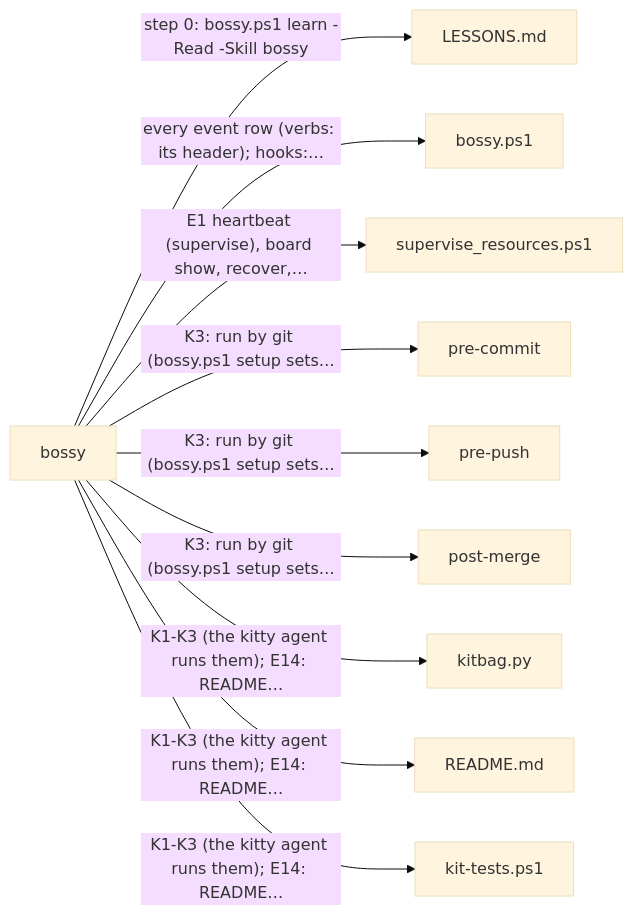
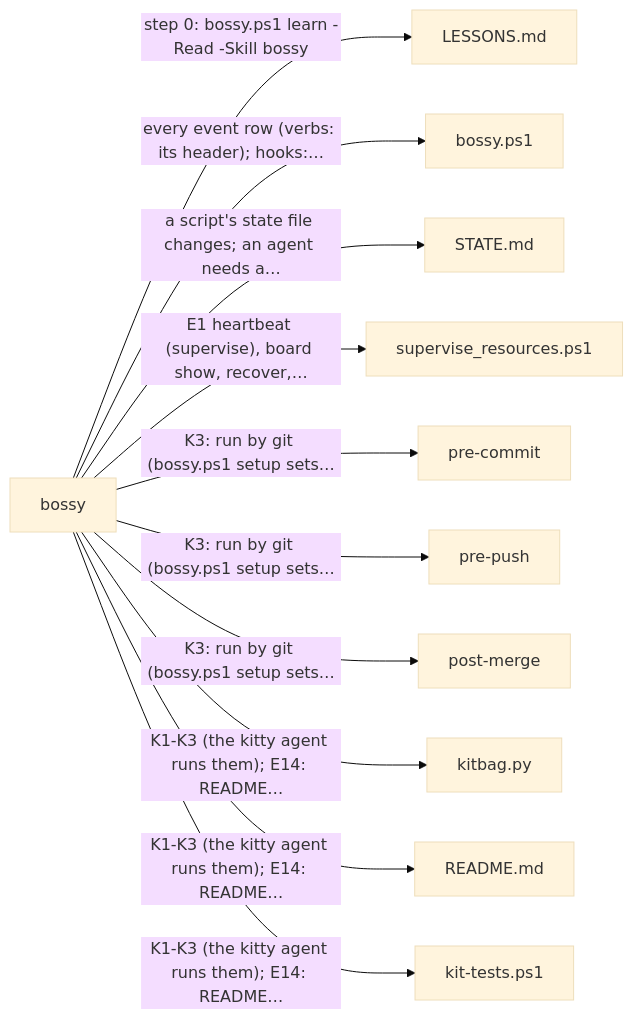
One commit to prskid1000/claude-crew changed the fourth of 6 diagrams in README.md. Above: the diagram before and after it, drawn with Mermaid (base theme). The commit also changed other lines of this file and 15 other files, not shown here.

````diff
--- a/README.md
+++ b/README.md
@@ -367,13 +367,14 @@
 ```mermaid
 flowchart LR
   skills_bossy_SKILL_md["bossy"]
   skills_bossy_SKILL_md -->|"step 0: bossy.ps1 learn -Read -Skill bossy"| LESSONS_md["LESSONS.md"]
   skills_bossy_SKILL_md -->|"every event row (verbs: its header); hooks:…"| skills_bossy_bossy_ps1["bossy.ps1"]
+  skills_bossy_SKILL_md -->|"a script's state file changes; an agent needs a…"| skills_bossy_STATE_md["STATE.md"]
   skills_bossy_SKILL_md -->|"E1 heartbeat (supervise), board show, recover,…"| skills_bossy_adapters_supervise_resources_ps1["supervise_resources.ps1"]
   skills_bossy_SKILL_md -->|"K3: run by git (bossy.ps1 setup sets…"| _githooks_pre_commit["pre-commit"]
   skills_bossy_SKILL_md -->|"K3: run by git (bossy.ps1 setup sets…"| _githooks_pre_push["pre-push"]
   skills_bossy_SKILL_md -->|"K3: run by git (bossy.ps1 setup sets…"| _githooks_post_merge["post-merge"]
   skills_bossy_SKILL_md -->|"K1-K3 (the kitty agent runs them); E14: README…"| skills_bossy_kitbag_py["kitbag.py"]
   skills_bossy_SKILL_md -->|"K1-K3 (the kitty agent runs them); E14: README…"| README_md["README.md"]
   skills_bossy_SKILL_md -->|"K1-K3 (the kitty agent runs them); E14: README…"| tests_kit_tests_ps1["kit-tests.ps1"]
 ```
````
